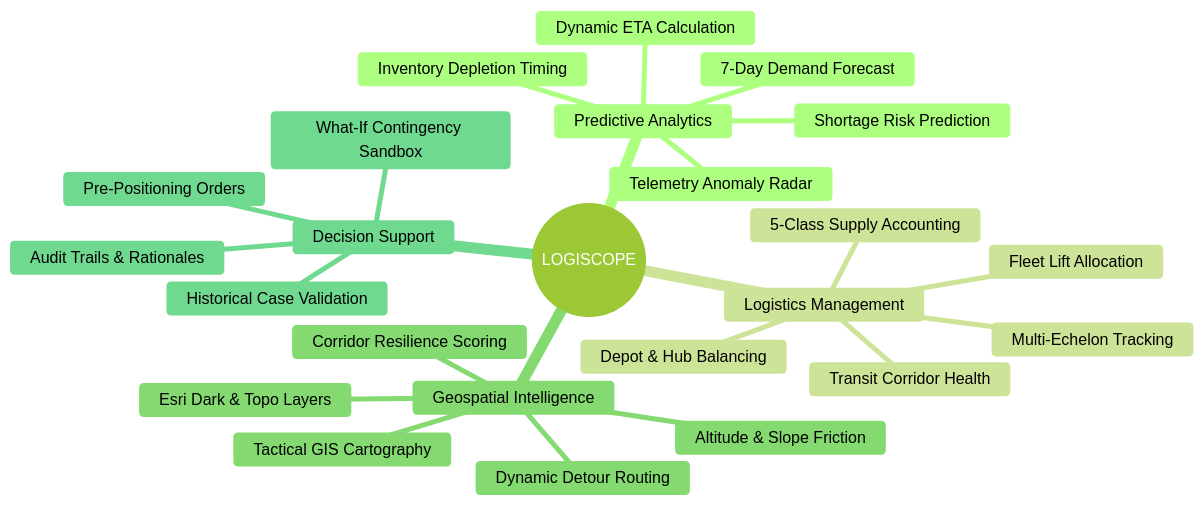
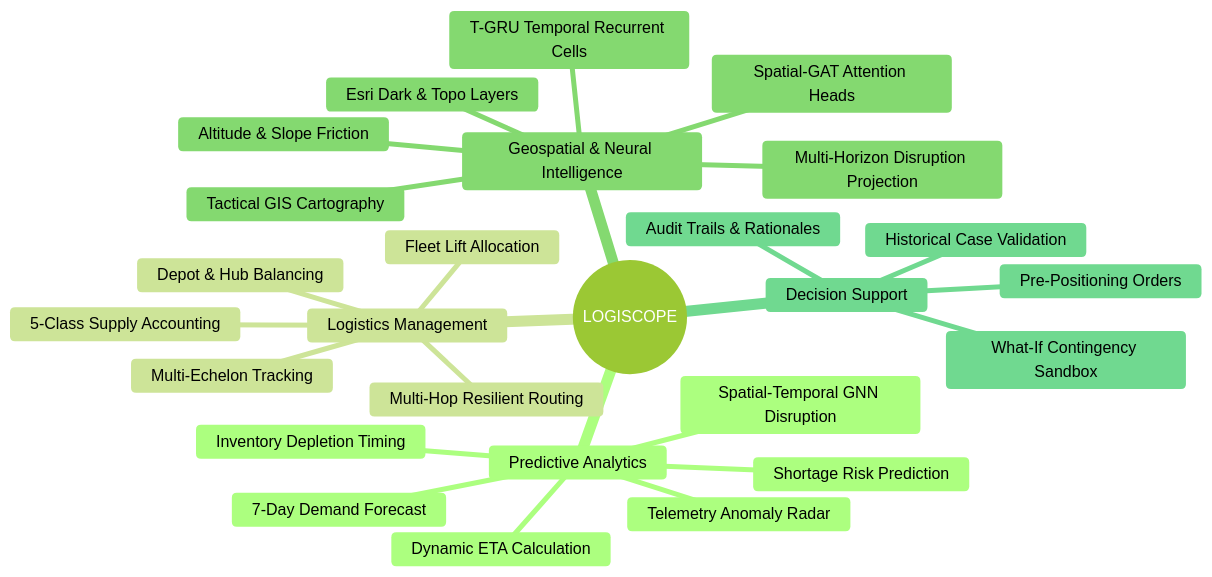
Before and after one commit to xylium117/logiscope.ai: the third of 15 diagrams in README.md, drawn with Mermaid (forest theme). The commit also changed other lines of this file, not shown here.

Commit message:
Update README with Spatial-Temporal Graph Neural Network (ST-GNN) architecture, formulations, and benchmarks

````diff
--- a/README.md
+++ b/README.md
@@ -151,27 +152,29 @@
 ```mermaid
 mindmap
   root((LOGISCOPE))
     Predictive Analytics
       7-Day Demand Forecast
       Inventory Depletion Timing
       Shortage Risk Prediction
       Dynamic ETA Calculation
       Telemetry Anomaly Radar
+      Spatial-Temporal GNN Disruption
     Logistics Management
       Multi-Echelon Tracking
       5-Class Supply Accounting
       Depot & Hub Balancing
       Fleet Lift Allocation
-      Transit Corridor Health
-    Geospatial Intelligence
+      Multi-Hop Resilient Routing
+    Geospatial & Neural Intelligence
       Tactical GIS Cartography
       Esri Dark & Topo Layers
       Altitude & Slope Friction
-      Corridor Resilience Scoring
-      Dynamic Detour Routing
+      Spatial-GAT Attention Heads
+      T-GRU Temporal Recurrent Cells
+      Multi-Horizon Disruption Projection
     Decision Support
       Pre-Positioning Orders
       What-If Contingency Sandbox
       Audit Trails & Rationales
       Historical Case Validation
 ```
````
